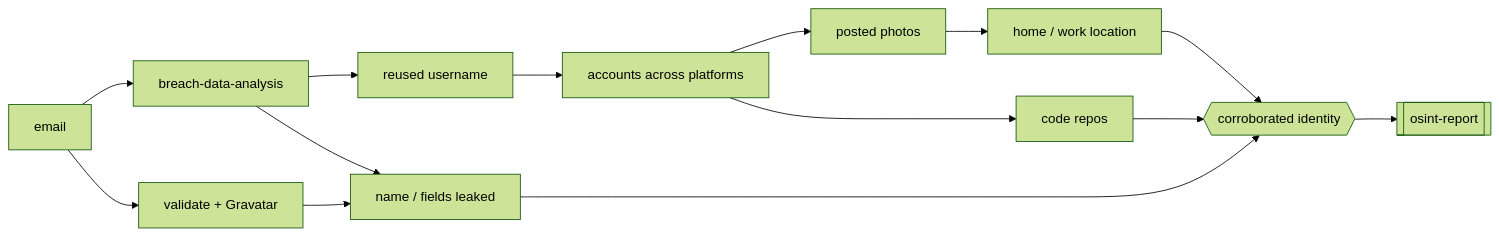
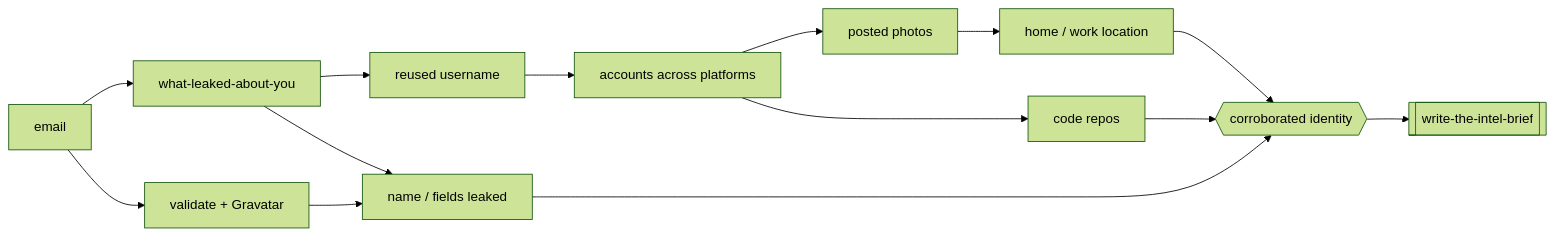
The second of 3 diagrams in README.md (useosint/osint-skills), drawn with Mermaid (forest theme) before and after one commit. The commit also changed other lines of this file and 110 other files, not shown here.

````diff
--- a/README.md
+++ b/README.md
@@ -148,16 +155,16 @@
 ```mermaid
 flowchart LR
-    E[email] --> B[breach-data-analysis]
+    E[email] --> B[what-leaked-about-you]
     E --> V[validate + Gravatar]
     B --> U[reused username]
     B --> N[name / fields leaked]
     U --> A[accounts across platforms]
     V --> N
     A --> PH[posted photos]
     A --> GH[code repos]
     PH --> GEO[home / work location]
     N --> PR{{corroborated identity}}
     GEO --> PR
     GH --> PR
-    PR --> RPT[[osint-report]]
+    PR --> RPT[[write-the-intel-brief]]
 ```
````
